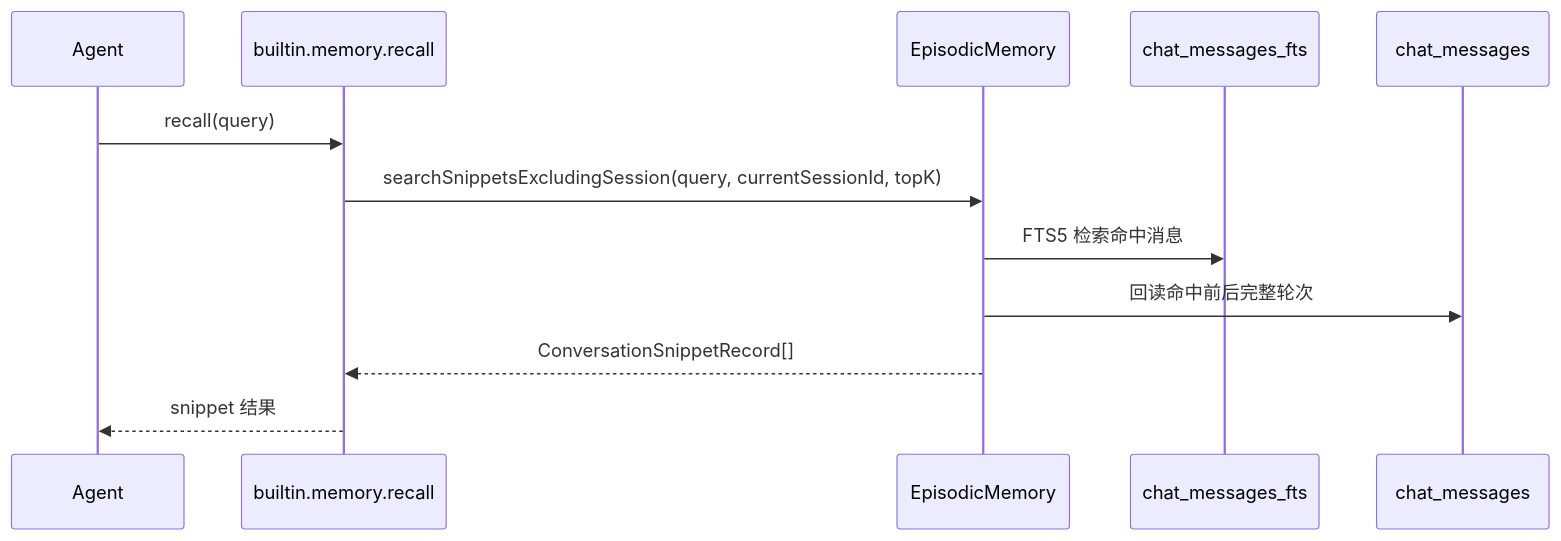
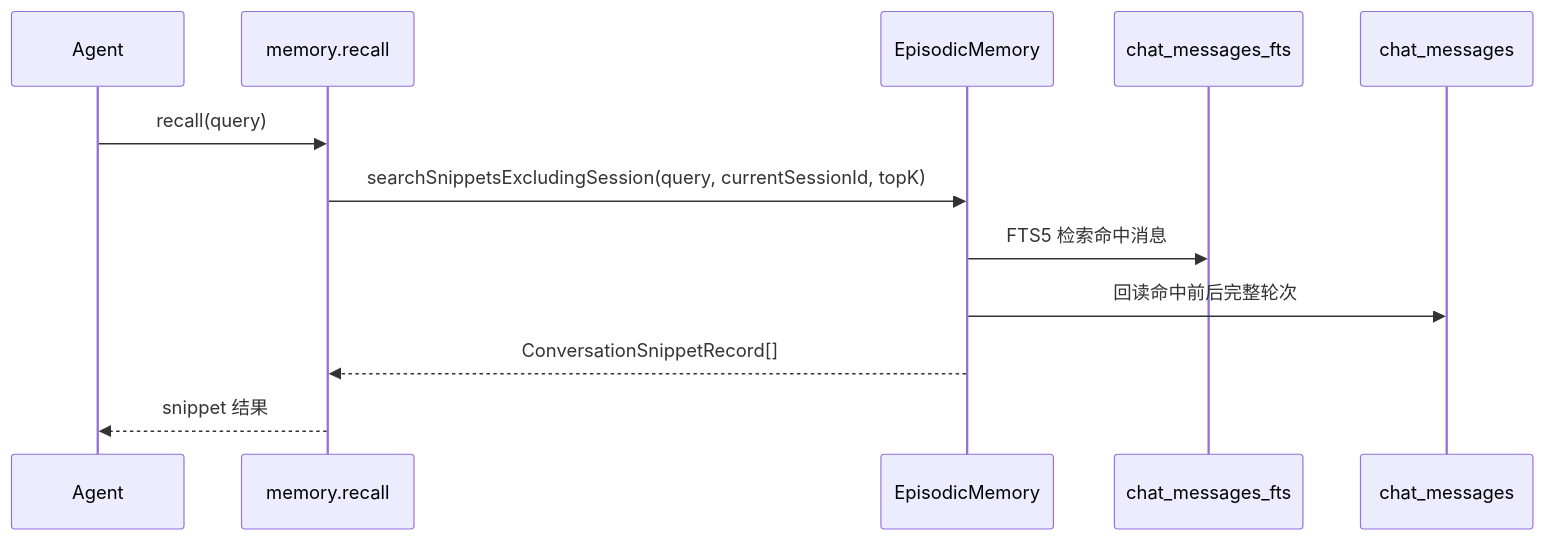
One commit to ntygod/LifePilot changed the third of 4 diagrams in docs/architecture/memory-system.md. Above: the diagram before and after it, drawn with Mermaid. The commit also changed other lines of this file and 175 other files, not shown here.

````diff
--- a/docs/architecture/memory-system.md
+++ b/docs/architecture/memory-system.md
@@ -192,15 +192,15 @@
 ```mermaid
 sequenceDiagram
     participant Agent as Agent
-    participant Tool as builtin.memory.recall
+    participant Tool as memory.recall
     participant EM as EpisodicMemory
     participant FTS as chat_messages_fts
     participant DB as chat_messages
 
     Agent->>Tool: recall(query)
     Tool->>EM: searchSnippetsExcludingSession(query, currentSessionId, topK)
     EM->>FTS: FTS5 检索命中消息
     EM->>DB: 回读命中前后完整轮次
     EM-->>Tool: ConversationSnippetRecord[]
     Tool-->>Agent: snippet 结果
 ```
````
